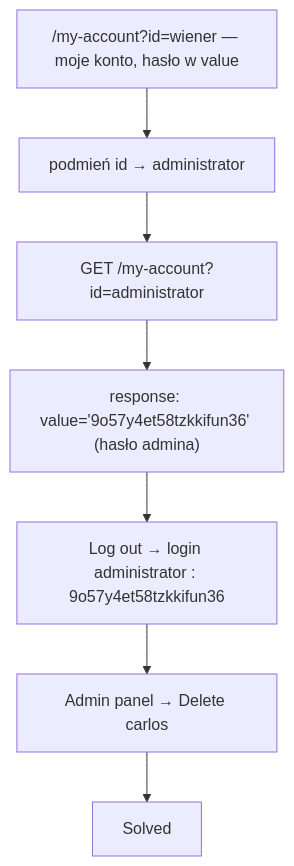
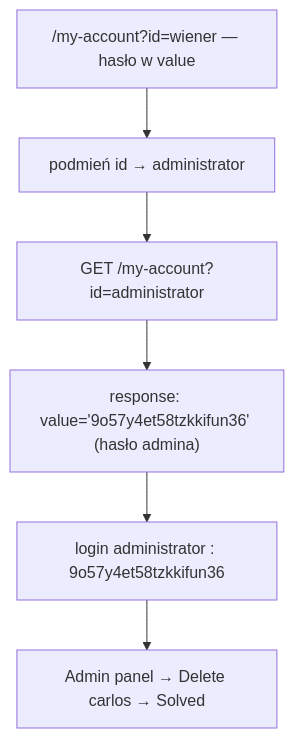
Before and after one commit to DrCondor/portswigger-labs: the diagram in access-control/05-user-id-password-disclosure.md, drawn with Mermaid. The commit also changed other lines of this file and 26 other files, not shown here.

````diff
--- a/access-control/05-user-id-password-disclosure.md
+++ b/access-control/05-user-id-password-disclosure.md
@@ -45,9 +47,8 @@
 ```mermaid
 flowchart TD
-    A["/my-account?id=wiener — moje konto, hasło w value"] --> B["podmień id → administrator"]
+    A["/my-account?id=wiener — hasło w value"] --> B["podmień id → administrator"]
     B --> C["GET /my-account?id=administrator"]
     C --> D["response: value='9o57y4et58tzkkifun36' (hasło admina)"]
-    D --> E["Log out → login administrator : 9o57y4et58tzkkifun36"]
-    E --> F["Admin panel → Delete carlos"]
-    F --> G["Solved"]
+    D --> E["login administrator : 9o57y4et58tzkkifun36"]
+    E --> F["Admin panel → Delete carlos → Solved"]
 ```
````
